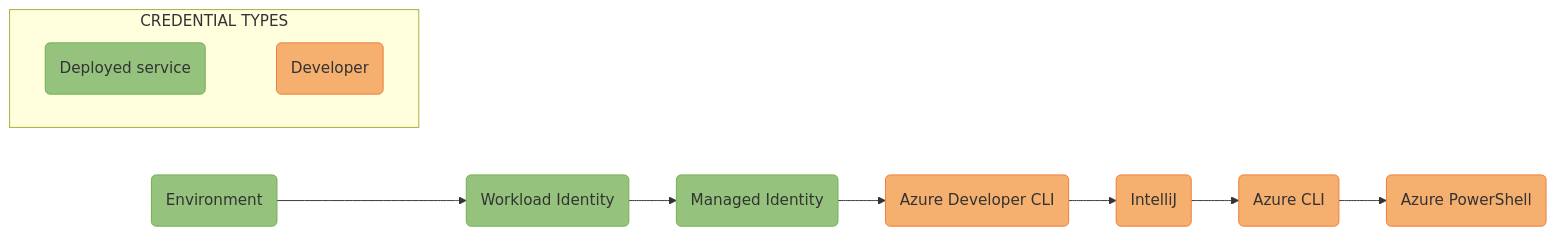
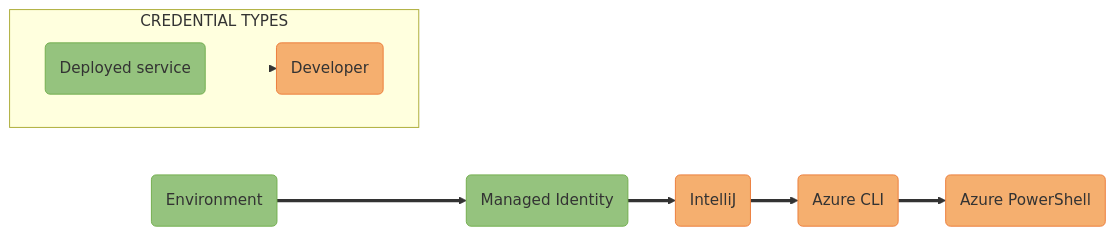
Before and after one commit to Azure/azure-sdk-for-java: the diagram in sdk/identity/azure-identity/images/mermaidjs/DefaultAzureCredentialAuthFlow.md, drawn with Mermaid. The commit also changed 69 other files, not shown here.

````diff
--- a/sdk/identity/azure-identity/images/mermaidjs/DefaultAzureCredentialAuthFlow.md
+++ b/sdk/identity/azure-identity/images/mermaidjs/DefaultAzureCredentialAuthFlow.md
@@ -1,28 +1,28 @@
 ```mermaid
 %% STEPS TO GENERATE IMAGE
 %% =======================
 %% 1. Install mermaid CLI (see https://github.com/mermaid-js/mermaid-cli/blob/master/README.md)
-%%    v10.0.2 is known good for our process. npm install -g @mermaid-js/mermaid-cli@10.0.2
 %% 2. Run command: mmdc -i DefaultAzureCredentialAuthFlow.md -o DefaultAzureCredentialAuthFlow.svg
 
 flowchart LR;
-    A(Environment):::deployed --> B(Workload Identity):::deployed --> C(Managed Identity):::deployed --> D(Azure Developer CLI):::developer --> E(IntelliJ):::developer --> F(Azure CLI):::developer --> G(Azure PowerShell):::developer;
+    A(Environment):::deployed ==> B(Managed Identity):::deployed ==> C(IntelliJ):::developer ==> D(Azure CLI):::developer ==> E(Azure PowerShell):::developer;
 
     subgraph CREDENTIAL TYPES;
         direction LR;
-        Deployed(Deployed service):::deployed ~~~ Developer(Developer):::developer;
+        Deployed(Deployed service):::deployed ==> Developer(Developer):::developer;
+
+        %% Hide links between boxes in the legend by setting width to 0. The integers after "linkStyle" represent link indices.
+        linkStyle 4 stroke-width:0px;
     end;
 
     %% Define styles for credential type boxes
     classDef deployed fill:#95C37E, stroke:#71AD4C;
     classDef developer fill:#F5AF6F, stroke:#EB7C39;
 
     %% Add API ref links to credential type boxes
-    click A "https://learn.microsoft.com/java/api/com.azure.identity.environmentcredential?view=azure-java-stable" _blank;
-    click B "https://learn.microsoft.com/java/api/com.azure.identity.workloadidentitycredential?view=azure-java-stable" _blank;
-    click C "https://learn.microsoft.com/java/api/com.azure.identity.managedidentitycredential?view=azure-java-stable" _blank;
-    click D "https://learn.microsoft.com/java/api/com.azure.identity.azuredeveloperclicredential?view=azure-java-stable" _blank;
-    click E "https://learn.microsoft.com/java/api/com.azure.identity.intellijcredential?view=azure-java-stable" _blank;
-    click F "https://learn.microsoft.com/java/api/com.azure.identity.azureclicredential?view=azure-java-stable" _blank;
-    click G "https://learn.microsoft.com/java/api/com.azure.identity.azurepowershellcredential?view=azure-java-stable" _blank;
+    click A "https://docs.microsoft.com/java/api/com.azure.identity.environmentcredential?view=azure-java-stable" _blank;
+    click B "https://docs.microsoft.com/java/api/com.azure.identity.managedidentitycredential?view=azure-java-stable" _blank;
+    click C "https://docs.microsoft.com/java/api/com.azure.identity.intellijcredential?view=azure-java-stable" _blank;
+    click E "https://docs.microsoft.com/java/api/com.azure.identity.azureclicredential?view=azure-java-stable" _blank;
+    click F "https://docs.microsoft.com/java/api/com.azure.identity.azurepowershellcredential?view=azure-java-stable" _blank;
 ```
````
